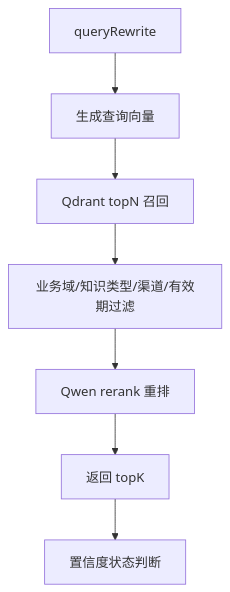
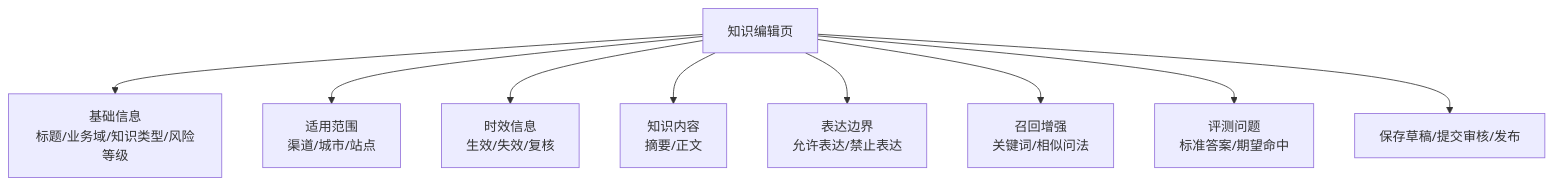
One commit to YYHRICH/dalizai-knowledge-rag-service changed diagram 15 of 25 in docs/rag_service_design_report_v1.0.md. Above: the diagram before and after it, drawn with Mermaid. The commit also changed other lines of this file, not shown here.

````diff
--- a/docs/rag_service_design_report_v1.0.md
+++ b/docs/rag_service_design_report_v1.0.md
@@ -448,9 +531,11 @@
 ```mermaid
 flowchart TB
-    Rewrite[queryRewrite] --> Embedding[生成查询向量]
-    Embedding --> Recall[Qdrant topN 召回]
-    Recall --> Filter[业务域/知识类型/渠道/有效期过滤]
-    Filter --> Rerank[Qwen rerank 重排]
-    Rerank --> TopK[返回 topK]
-    TopK --> Judge[置信度状态判断]
+    Edit[知识编辑页] --> Basic[基础信息<br/>标题/业务域/知识类型/风险等级]
+    Edit --> Scope[适用范围<br/>渠道/城市/站点]
+    Edit --> Time[时效信息<br/>生效/失效/复核]
+    Edit --> Body[知识内容<br/>摘要/正文]
+    Edit --> Claims[表达边界<br/>允许表达/禁止表达]
+    Edit --> Recall[召回增强<br/>关键词/相似问法]
+    Edit --> Eval[评测问题<br/>标准答案/期望命中]
+    Edit --> Actions[保存草稿/提交审核/发布]
 ```
````
